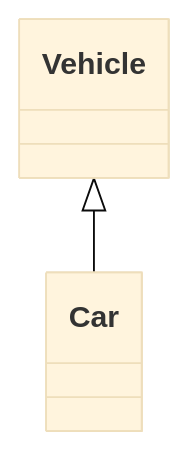
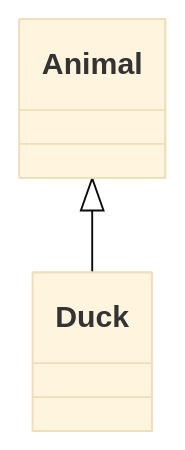
Before and after one commit to kk-kkch03/Portfolio: the second of 4 diagrams in uml.md, drawn with Mermaid (base theme). The commit also changed other lines of this file, not shown here.

````diff
--- a/uml.md
+++ b/uml.md
@@ -6,4 +6,4 @@
 ```mermaid
  classDiagram
- Vehicle <|-- Car
+ Animal <|-- Duck
  ```
````
